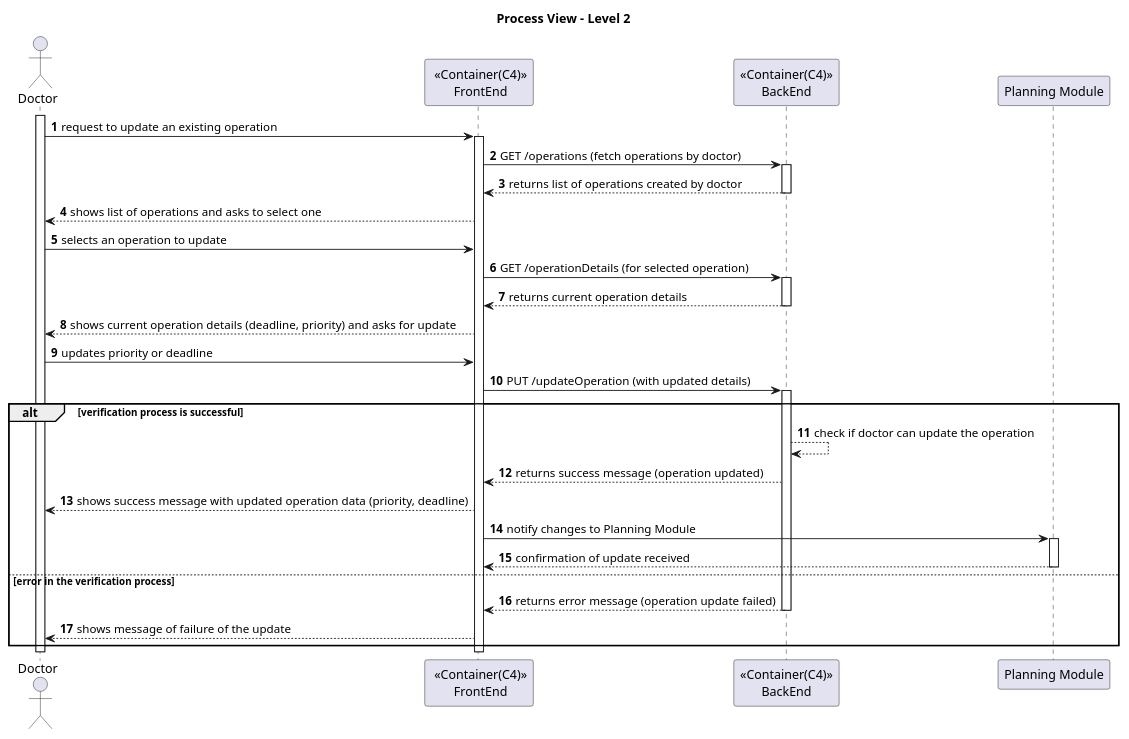
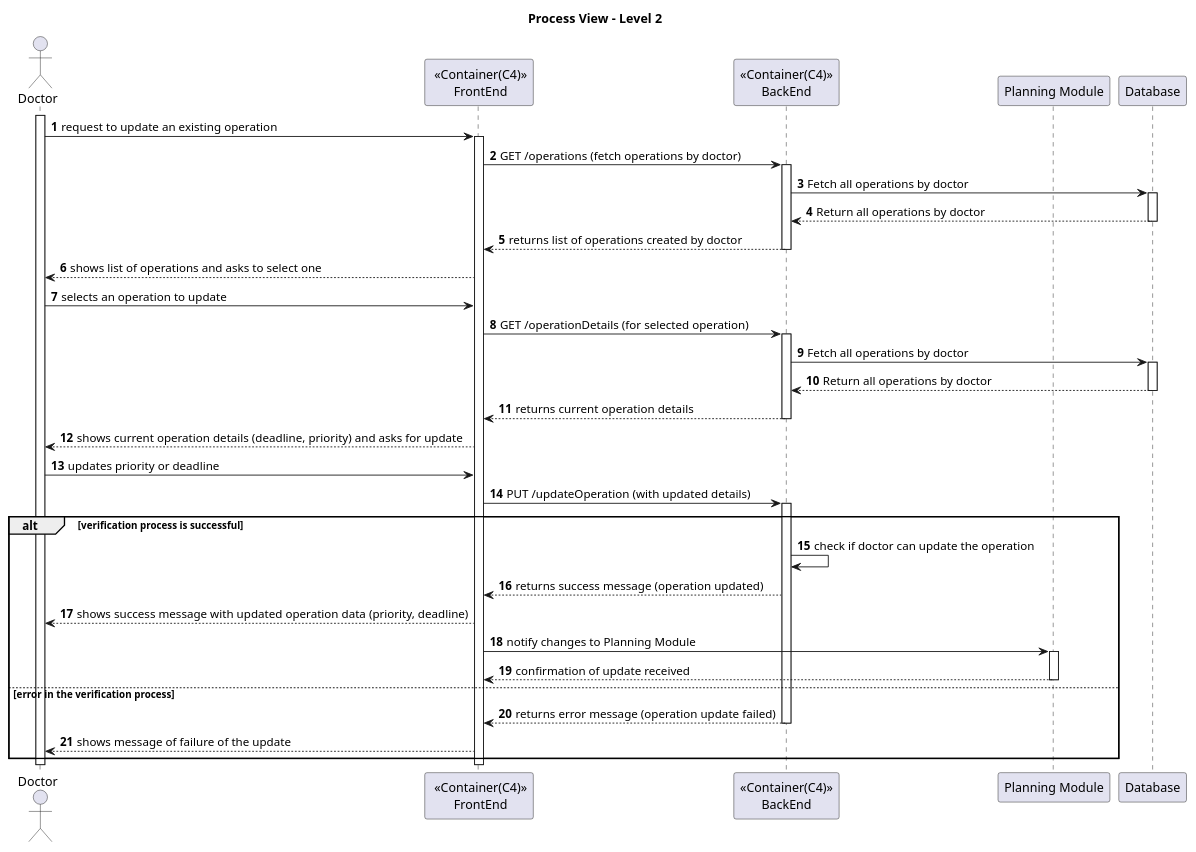
Before and after one commit to Saquinho74/LAPR5: the diagram in Docs/SprintA/US17/level2/process_view.puml, drawn with PlantUML. The commit also changed 13 other files, not shown here.

```diff
--- a/Docs/SprintA/US17/level2/process_view.puml
+++ b/Docs/SprintA/US17/level2/process_view.puml
@@ -1,83 +1,100 @@
 @startuml
 'https://plantuml.com/sequence-diagram
 
 autonumber
 actor Doctor as doc
 participant " <<Container(C4)>>\n FrontEnd" as sys
 participant "<<Container(C4)>>\nBackEnd" as backEnd
 participant "Planning Module" as planning
+participant "Database" as DB
 
 title Process View - Level 2
 
 
 activate doc
 
 doc -> sys: request to update an existing operation
 
 activate sys
 
 
 sys -> backEnd : GET /operations (fetch operations by doctor)
 
 activate backEnd
 
+
+backEnd -> DB : Fetch all operations by doctor
+activate DB
+
+DB --> backEnd : Return all operations by doctor
+deactivate DB
+
+
 backEnd --> sys : returns list of operations created by doctor
 
 deactivate backEnd
 
 sys --> doc: shows list of operations and asks to select one
 
 
 doc -> sys: selects an operation to update
 
 
 sys -> backEnd : GET /operationDetails (for selected operation)
+activate backEnd
+backEnd -> DB : Fetch all operations by doctor
+activate DB
 
-activate backEnd
+DB --> backEnd : Return all operations by doctor
+
+deactivate DB
+
+
+
 
 backEnd --> sys : returns current operation details
 
 deactivate backEnd
 
 sys --> doc: shows current operation details (deadline, priority) and asks for update
 
 
 doc -> sys: updates priority or deadline
 
 
 sys -> backEnd : PUT /updateOperation (with updated details)
 
 activate backEnd
 
 alt verification process is successful
 
-    backEnd --> backEnd : check if doctor can update the operation
+    backEnd -> backEnd : check if doctor can update the operation
 
     backEnd --> sys: returns success message (operation updated)
 
     sys --> doc: shows success message with updated operation data (priority, deadline)
 
     sys -> planning : notify changes to Planning Module
 
     activate planning
 
     planning --> sys : confirmation of update received
 
     deactivate planning
 
 
 else error in the verification process
 
     backEnd --> sys: returns error message (operation update failed)
 
     deactivate backEnd
 
     sys --> doc: shows message of failure of the update
 
 end
 
 deactivate sys
 deactivate planning
 deactivate doc
 
 @enduml
```
